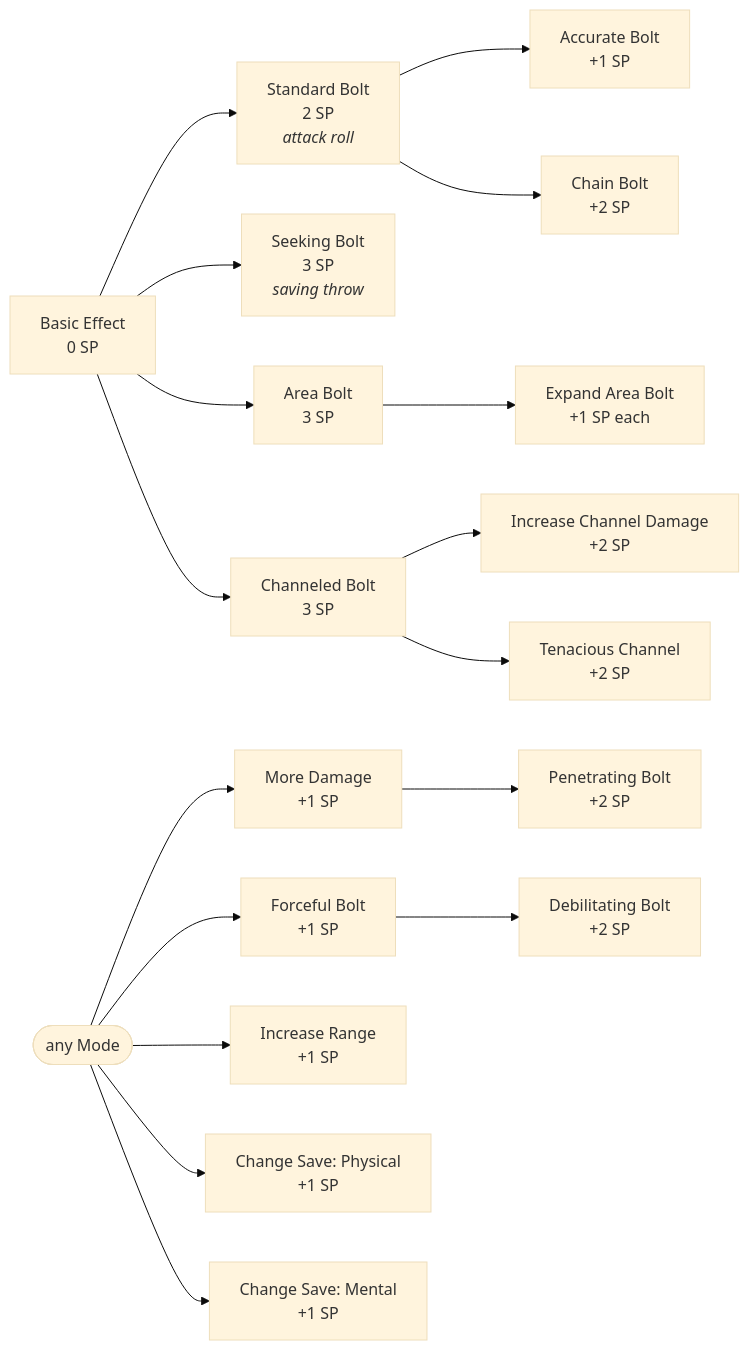
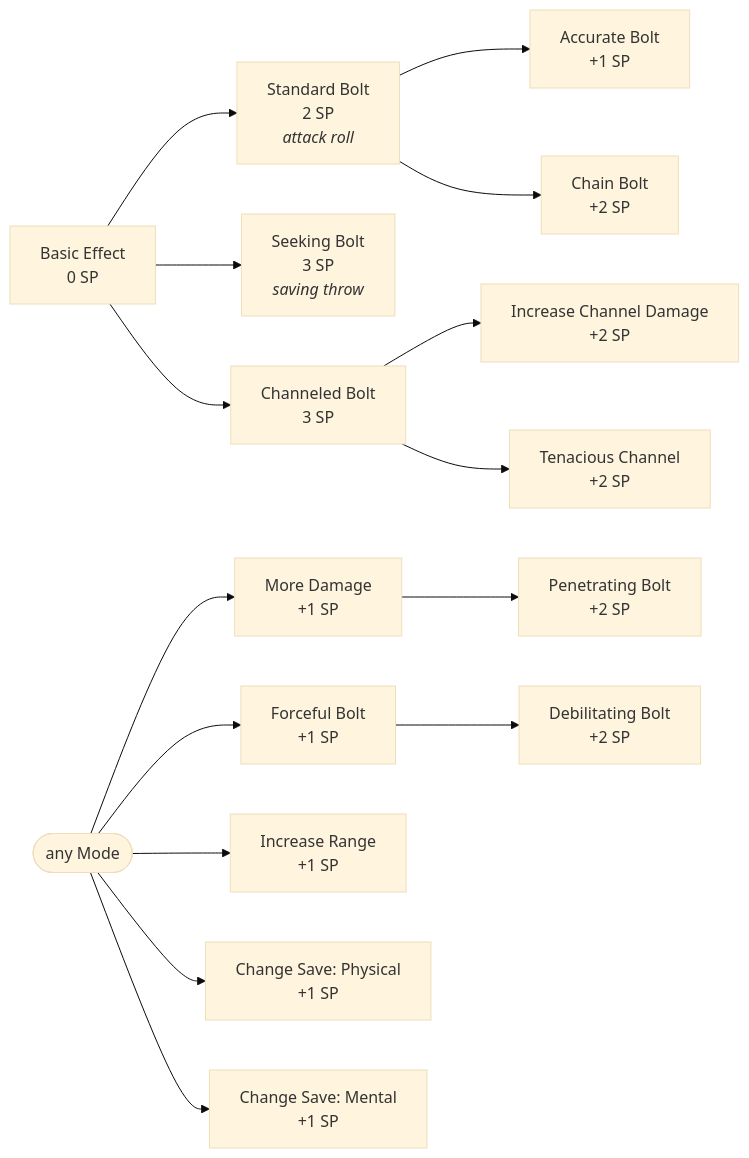
Before and after one commit to MMMikeM/DND-Campaign: the diagram in project/rules/spells/6-02-bolt.md, drawn with Mermaid (base theme). The commit also changed other lines of this file and 1 other file, not shown here.

First line of the commit message:
balance(rules): remove area bolt so bolt is single-target only

````diff
--- a/project/rules/spells/6-02-bolt.md
+++ b/project/rules/spells/6-02-bolt.md
@@ -15,24 +15,21 @@
 ```mermaid
 graph LR
   B["Basic Effect<br/>0 SP"]
   B --> S["Standard Bolt<br/>2 SP<br/><i>attack roll</i>"]
   B --> SK["Seeking Bolt<br/>3 SP<br/><i>saving throw</i>"]
-  B --> A["Area Bolt<br/>3 SP"]
   B --> CH["Channeled Bolt<br/>3 SP"]
 
   S --> AC["Accurate Bolt<br/>+1 SP"]
   S --> CB["Chain Bolt<br/>+2 SP"]
-
-  A --> EA["Expand Area Bolt<br/>+1 SP each"]
 
   CH --> ICD["Increase Channel Damage<br/>+2 SP"]
   CH --> TC["Tenacious Channel<br/>+2 SP"]
 
   G(["any Mode"]) --> MD["More Damage<br/>+1 SP"]
   MD --> PB["Penetrating Bolt<br/>+2 SP"]
   G --> FB["Forceful Bolt<br/>+1 SP"]
   FB --> DB["Debilitating Bolt<br/>+2 SP"]
   G --> IR["Increase Range<br/>+1 SP"]
   G --> CSP["Change Save: Physical<br/>+1 SP"]
   G --> CSM["Change Save: Mental<br/>+1 SP"]
 ```
````
